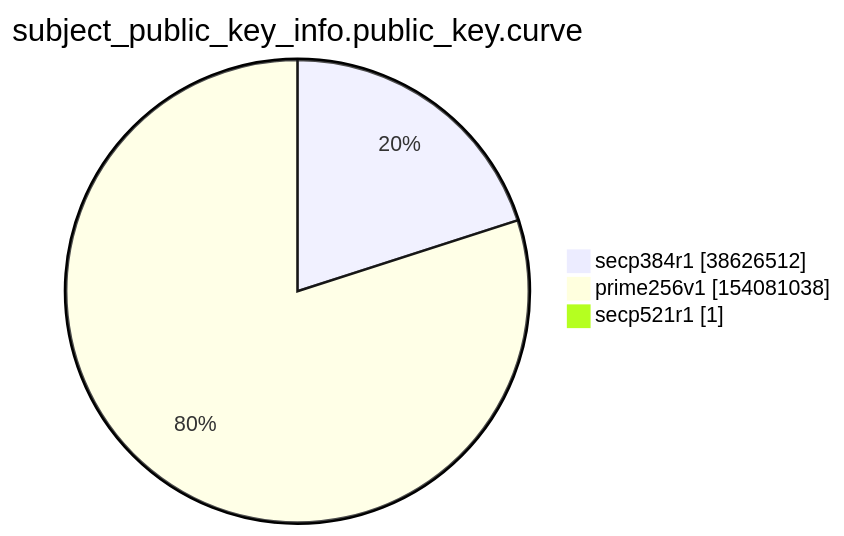
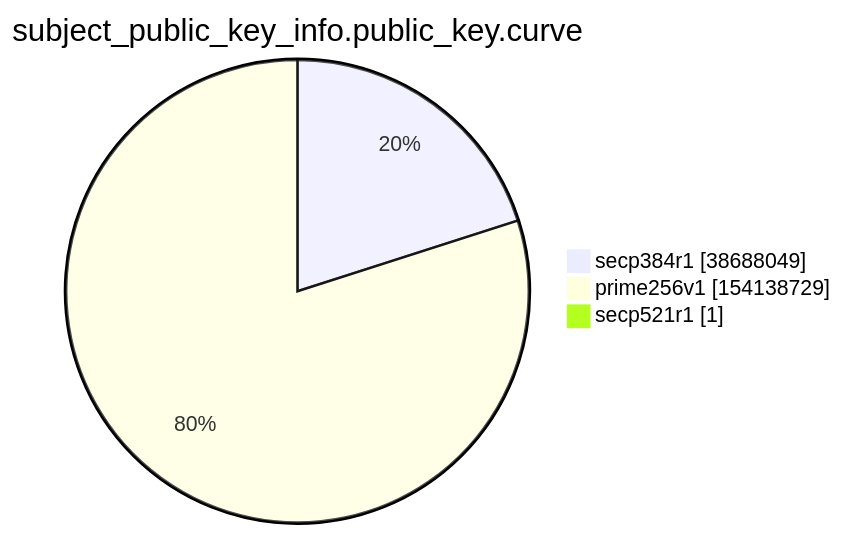
Before and after one commit to christiankrug/ctmonitor_visualization: the ninth of 15 diagrams in xenon2022/README.md, drawn with Mermaid. The commit also changed other lines of this file, not shown here.

````diff
--- a/xenon2022/README.md
+++ b/xenon2022/README.md
@@ -2863,7 +2863,7 @@
 ```mermaid
 pie showData
 title subject_public_key_info.public_key.curve
-"secp384r1" :38626512
-"prime256v1" :154081038
+"secp384r1" :38688049
+"prime256v1" :154138729
 "secp521r1" :1
 ```
````
